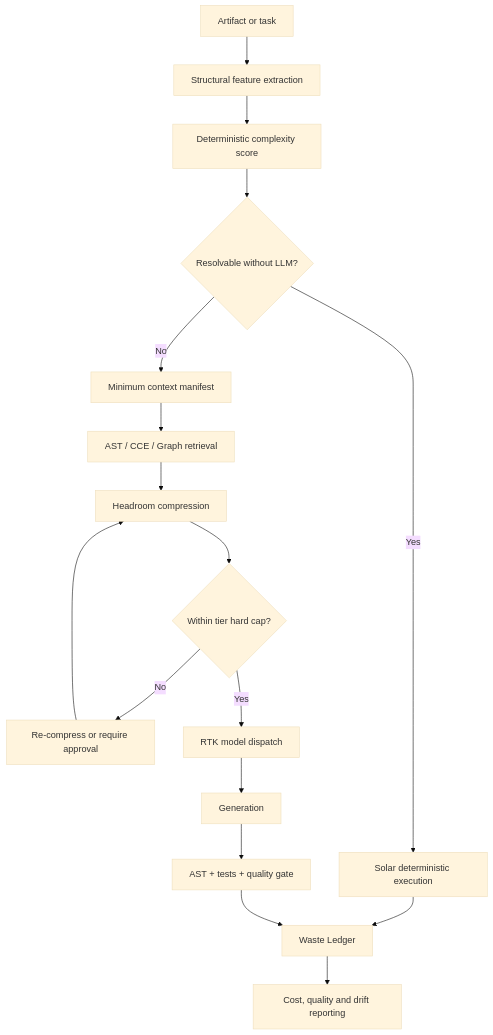
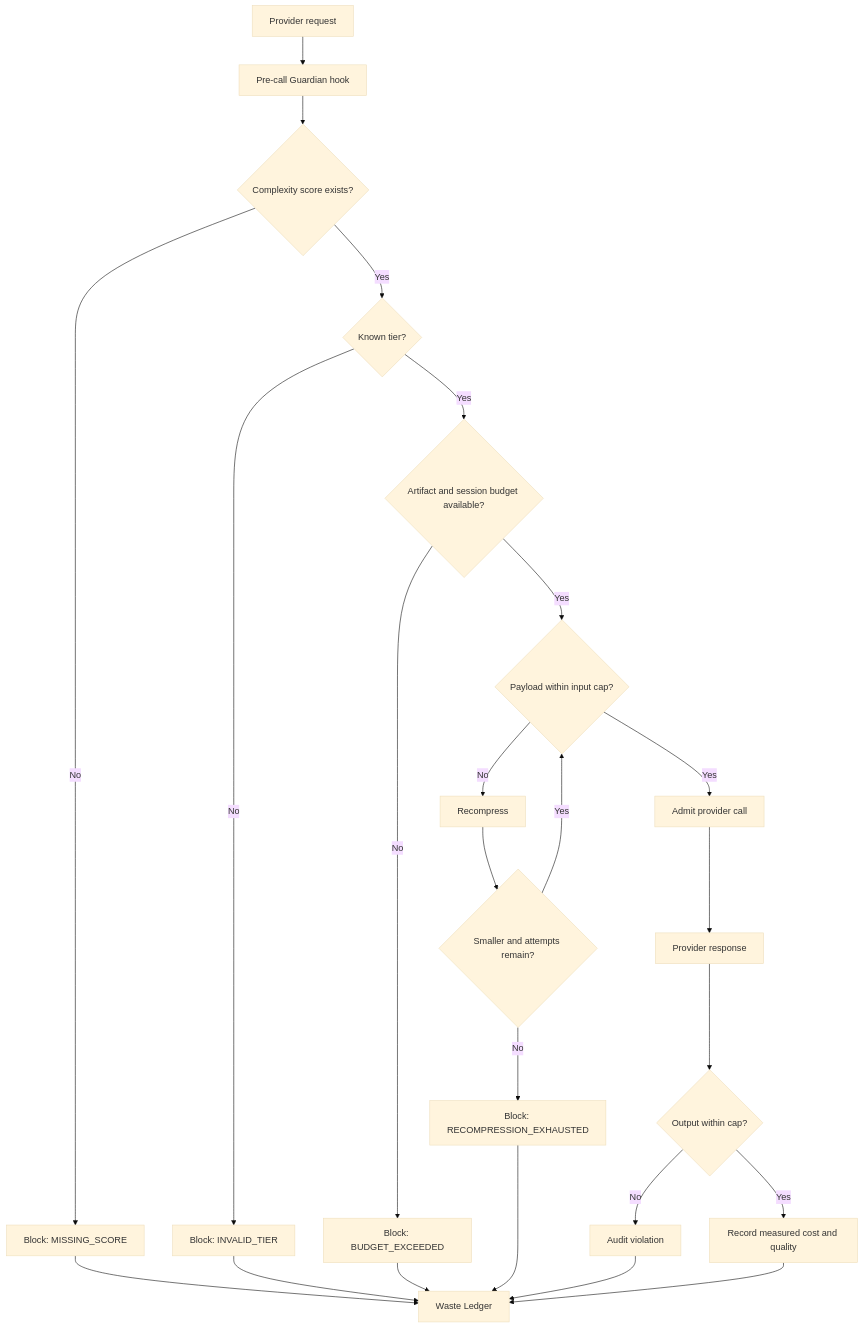
Before and after one commit to juliopessan/agent-finops: the diagram in README.md, drawn with Mermaid (base theme). The commit also changed other lines of this file, not shown here.

Commit message:
docs: document guardian enforcement vertical

````diff
--- a/README.md
+++ b/README.md
@@ -107,19 +72,26 @@
 ```mermaid
 flowchart TD
-    A[Artifact or task] --> B[Structural feature extraction]
-    B --> C[Deterministic complexity score]
-    C --> D{Resolvable without LLM?}
-    D -->|Yes| E[Solar deterministic execution]
-    D -->|No| F[Minimum context manifest]
-    F --> G[AST / CCE / Graph retrieval]
-    G --> H[Headroom compression]
-    H --> I{Within tier hard cap?}
-    I -->|No| J[Re-compress or require approval]
-    I -->|Yes| K[RTK model dispatch]
-    J --> H
-    K --> L[Generation]
-    L --> M[AST + tests + quality gate]
-    E --> N[Waste Ledger]
-    M --> N
-    N --> O[Cost, quality and drift reporting]
+    A[Provider request] --> B[Pre-call Guardian hook]
+    B --> C{Complexity score exists?}
+    C -->|No| X[Block: MISSING_SCORE]
+    C -->|Yes| D{Known tier?}
+    D -->|No| Y[Block: INVALID_TIER]
+    D -->|Yes| E{Artifact and session budget available?}
+    E -->|No| Z[Block: BUDGET_EXCEEDED]
+    E -->|Yes| F{Payload within input cap?}
+    F -->|No| G[Recompress]
+    G --> H{Smaller and attempts remain?}
+    H -->|Yes| F
+    H -->|No| I[Block: RECOMPRESSION_EXHAUSTED]
+    F -->|Yes| J[Admit provider call]
+    J --> K[Provider response]
+    K --> L{Output within cap?}
+    L -->|No| M[Audit violation]
+    L -->|Yes| N[Record measured cost and quality]
+    X --> O[Waste Ledger]
+    Y --> O
+    Z --> O
+    I --> O
+    M --> O
+    N --> O
 ```
````
